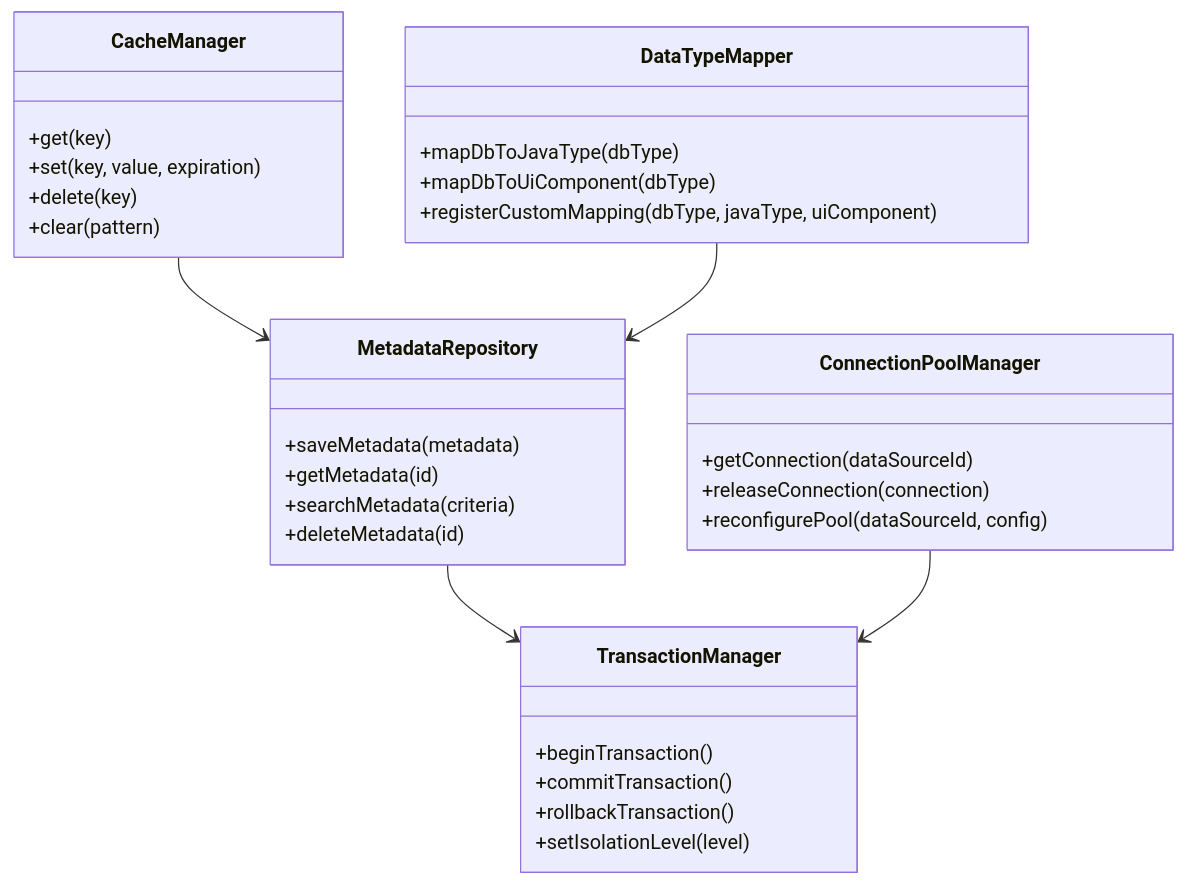
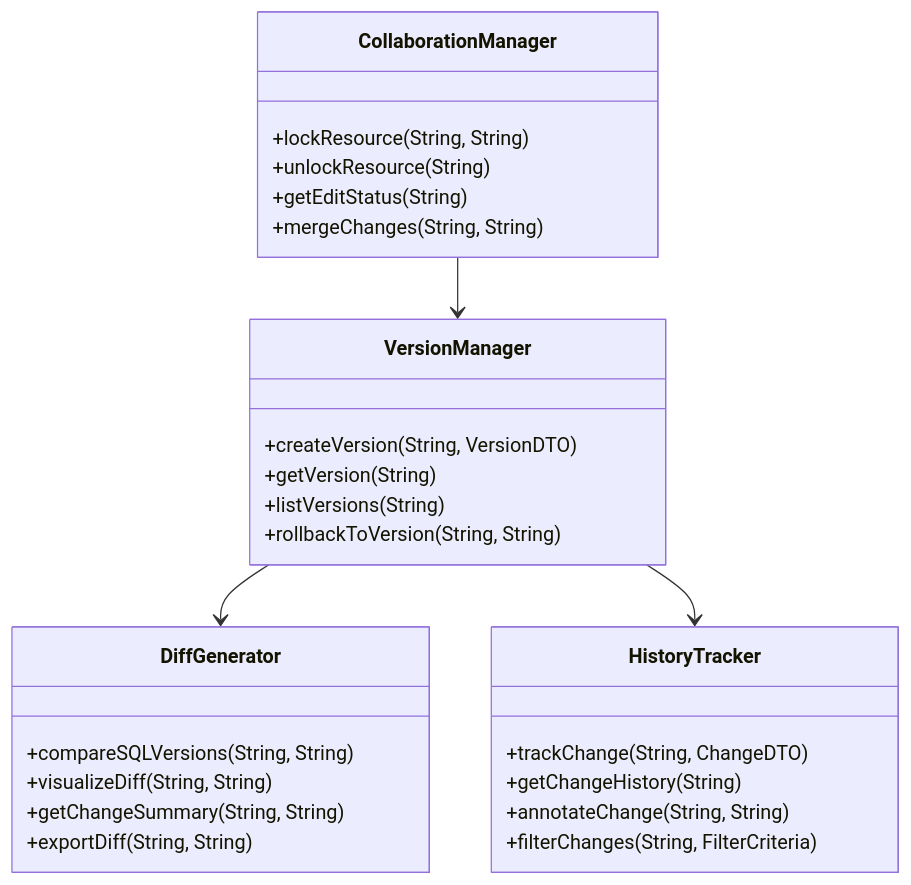
One commit to im47cn/data-scope changed the sixth of 8 diagrams in docs/architecture.md. Above: the diagram before and after it, drawn with Mermaid. The commit also changed other lines of this file and 26 other files, not shown here.

````diff
--- a/docs/architecture.md
+++ b/docs/architecture.md
@@ -247,40 +244,34 @@
 ```mermaid
 classDiagram
-    class MetadataRepository {
-        +saveMetadata(metadata)
-        +getMetadata(id)
-        +searchMetadata(criteria)
-        +deleteMetadata(id)
+    class VersionManager {
+        +createVersion(String, VersionDTO)
+        +getVersion(String)
+        +listVersions(String)
+        +rollbackToVersion(String, String)
     }
     
-    class CacheManager {
-        +get(key)
-        +set(key, value, expiration)
-        +delete(key)
-        +clear(pattern)
+    class DiffGenerator {
+        +compareSQLVersions(String, String)
+        +visualizeDiff(String, String)
+        +getChangeSummary(String, String)
+        +exportDiff(String, String)
     }
     
-    class ConnectionPoolManager {
-        +getConnection(dataSourceId)
-        +releaseConnection(connection)
-        +reconfigurePool(dataSourceId, config)
+    class HistoryTracker {
+        +trackChange(String, ChangeDTO)
+        +getChangeHistory(String)
+        +annotateChange(String, String)
+        +filterChanges(String, FilterCriteria)
     }
     
-    class TransactionManager {
-        +beginTransaction()
-        +commitTransaction()
-        +rollbackTransaction()
-        +setIsolationLevel(level)
-    }
-    
-    class DataTypeMapper {
-        +mapDbToJavaType(dbType)
-        +mapDbToUiComponent(dbType)
-        +registerCustomMapping(dbType, javaType, uiComponent)
+    class CollaborationManager {
+        +lockResource(String, String)
+        +unlockResource(String)
+        +getEditStatus(String)
+        +mergeChanges(String, String)
     }
 
-    MetadataRepository --> TransactionManager
-    ConnectionPoolManager --> TransactionManager
-    CacheManager --> MetadataRepository
-    DataTypeMapper --> MetadataRepository
+    VersionManager --> DiffGenerator
+    VersionManager --> HistoryTracker
+    CollaborationManager --> VersionManager
 ```
````
